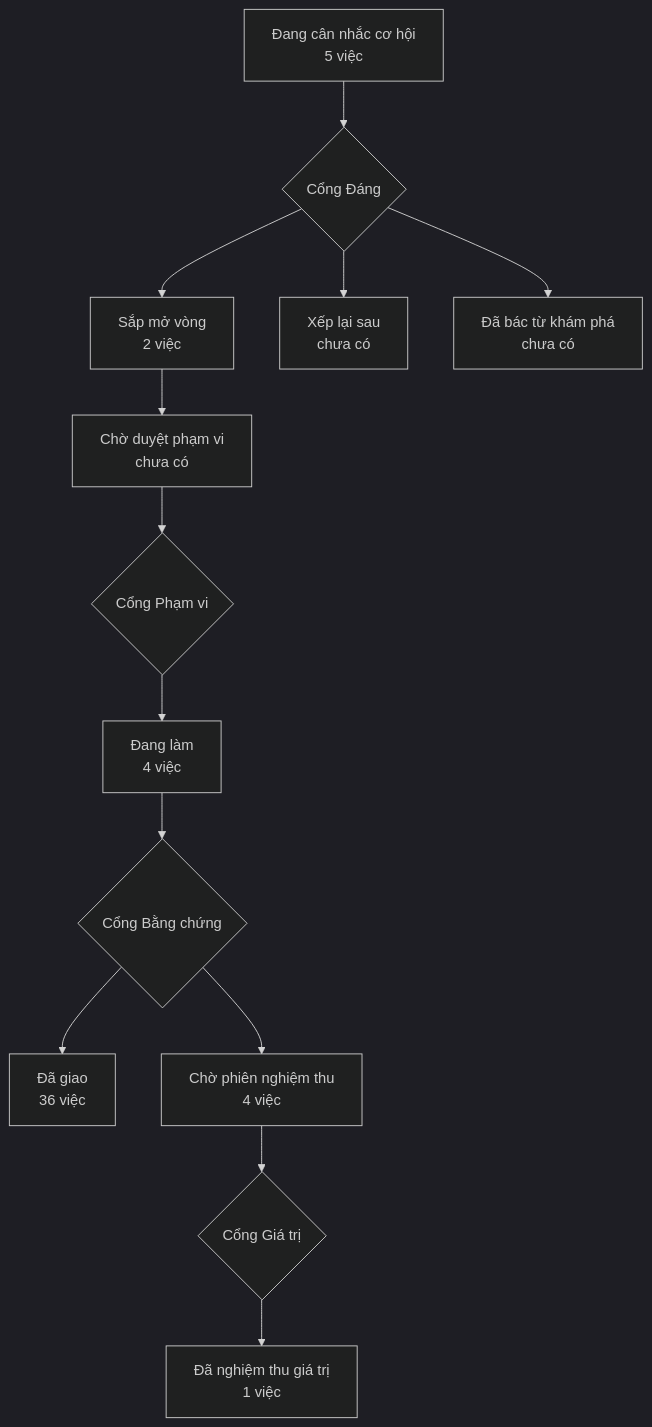
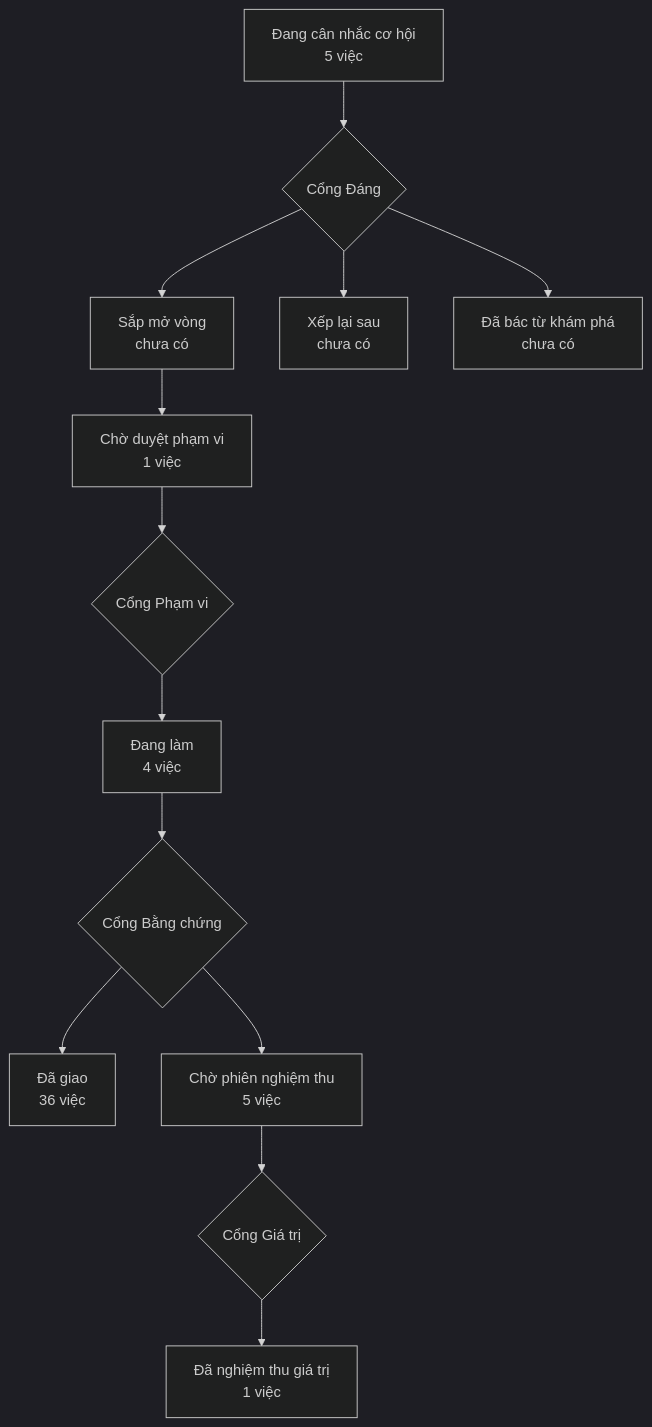
Before and after one commit to phanlemanh/crm-onehub: the diagram in PRODUCT-MAP.md, drawn with Mermaid (dark theme). The commit also changed other lines of this file and 3 other files, not shown here.

````diff
--- a/PRODUCT-MAP.md
+++ b/PRODUCT-MAP.md
@@ -6,12 +6,12 @@
 ```mermaid
 flowchart TD
   A["Đang cân nhắc cơ hội<br/>5 việc"] --> GD{"Cổng Đáng"}
-  GD --> B["Sắp mở vòng<br/>2 việc"]
+  GD --> B["Sắp mở vòng<br/>chưa có"]
   GD --> XL["Xếp lại sau<br/>chưa có"]
   GD --> DB["Đã bác từ khám phá<br/>chưa có"]
-  B --> CD["Chờ duyệt phạm vi<br/>chưa có"] --> GP{"Cổng Phạm vi"}
+  B --> CD["Chờ duyệt phạm vi<br/>1 việc"] --> GP{"Cổng Phạm vi"}
   GP --> DL["Đang làm<br/>4 việc"] --> GB{"Cổng Bằng chứng"}
   GB --> DG["Đã giao<br/>36 việc"]
-  GB --> CN["Chờ phiên nghiệm thu<br/>4 việc"] --> GG{"Cổng Giá trị"}
+  GB --> CN["Chờ phiên nghiệm thu<br/>5 việc"] --> GG{"Cổng Giá trị"}
   GG --> NT["Đã nghiệm thu giá trị<br/>1 việc"]
 ```
````
